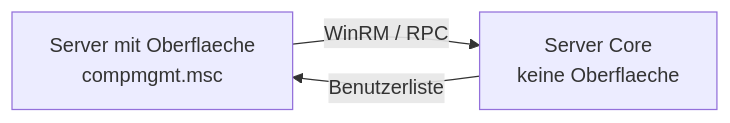
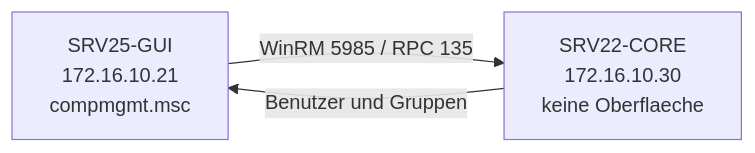
The second of 2 diagrams in docs/01-benutzerverwaltung.md (tafirnat/windows-server-lab), drawn with Mermaid before and after one commit. The commit also changed other lines of this file and 7 other files, not shown here.

````diff
--- a/docs/01-benutzerverwaltung.md
+++ b/docs/01-benutzerverwaltung.md
@@ -119,7 +154,7 @@
 ```mermaid
 flowchart LR
-    GUI["Server mit Oberflaeche<br/>compmgmt.msc"]
-    CORE["Server Core<br/>keine Oberflaeche"]
-    GUI -->|"WinRM / RPC"| CORE
-    CORE -->|"Benutzerliste"| GUI
+    GUI["SRV25-GUI<br/>172.16.10.21<br/>compmgmt.msc"]
+    CORE["SRV22-CORE<br/>172.16.10.30<br/>keine Oberflaeche"]
+    GUI -->|"WinRM 5985 / RPC 135"| CORE
+    CORE -->|"Benutzer und Gruppen"| GUI
 ```
````
